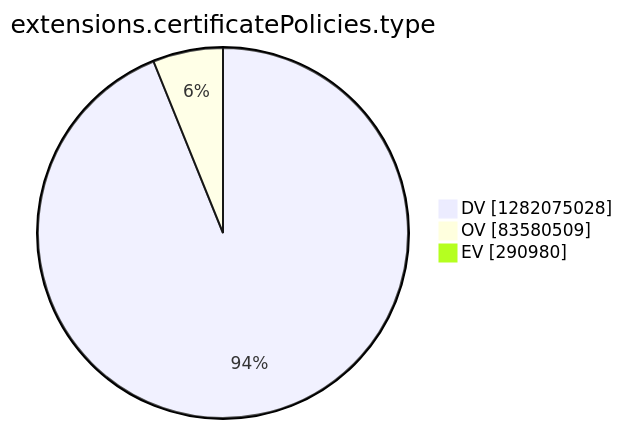
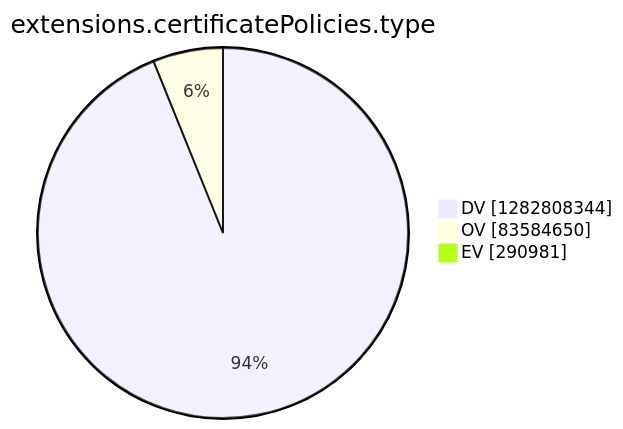
The tenth of 15 diagrams in argon2022/README.md (christiankrug/ctmonitor_visualization), drawn with Mermaid before and after one commit. The commit also changed other lines of this file, not shown here.

````diff
--- a/argon2022/README.md
+++ b/argon2022/README.md
@@ -2771,7 +2771,7 @@
 ```mermaid
 pie showData
 title extensions.certificatePolicies.type
-"DV" :1282075028
-"OV" :83580509
-"EV" :290980
+"DV" :1282808344
+"OV" :83584650
+"EV" :290981
 ```
````
